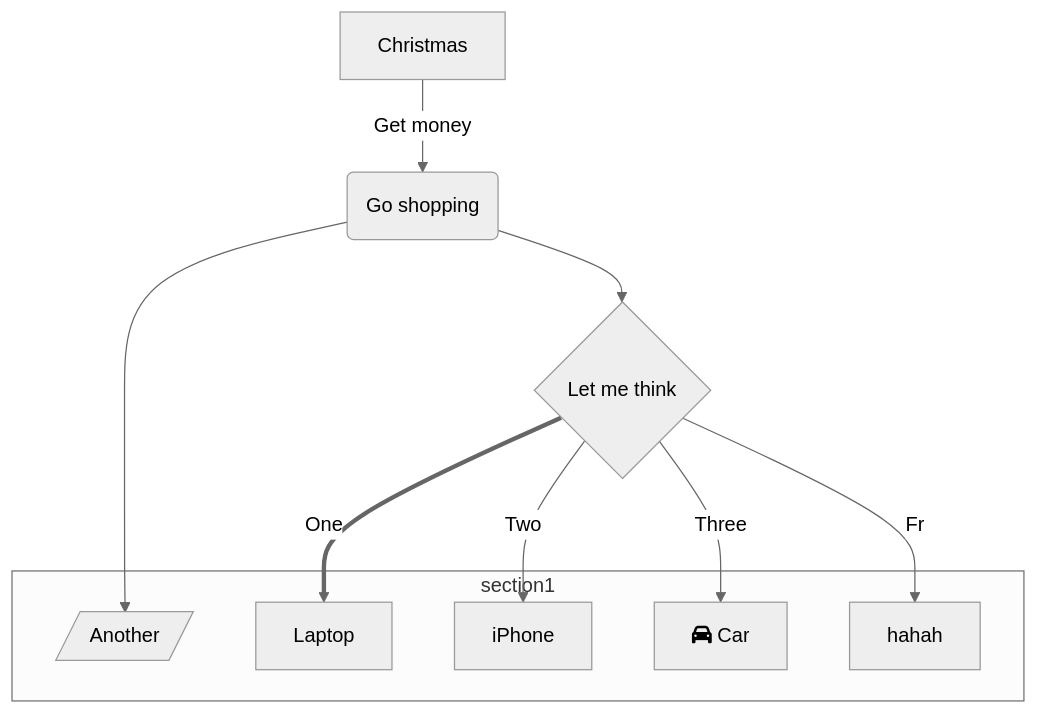
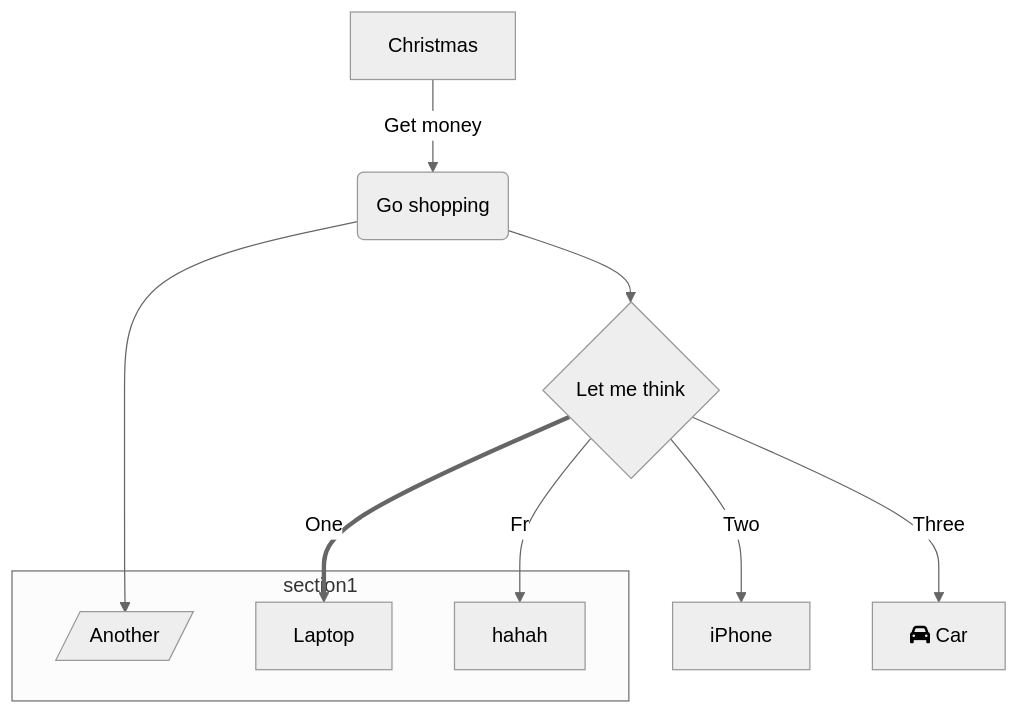
The ninth of 9 diagrams in taon.top/content/post/markdonw.md (taontech/www), drawn with Mermaid (neutral theme) before and after one commit. The commit also changed other lines of this file and 2 other files, not shown here.

````diff
--- a/taon.top/content/post/markdonw.md
+++ b/taon.top/content/post/markdonw.md
@@ -134,17 +134,17 @@
-```mermaid
-    graph TD
-          A[Christmas] -->|Get money| B(Go shopping)
-          B --> C{Let me think}
-          B --> G[/Another/]
-          C ==>|One| D[Laptop]
-          C -->|Two| E[iPhone]
-          C -->|Three| F[fa:fa-car Car]
-          C -->|Fr| H[hahah]
-          subgraph section1
-            E
-            H
-            D
-            G
-            F
-          end
+``` mermaid
+graph TD
+    A[Christmas] -->|Get money| B(Go shopping)
+    B --> C{Let me think}
+    B --> G[/Another/]
+    C ==>|One| D[Laptop]
+    C -->|Two| E[iPhone]
+    C -->|Three| F[fa:fa-car Car]
+    C -->|Fr| H[hahah]
+    subgraph section1
+    
+    H
+    D
+    G
+    
+    end
 ```
````
